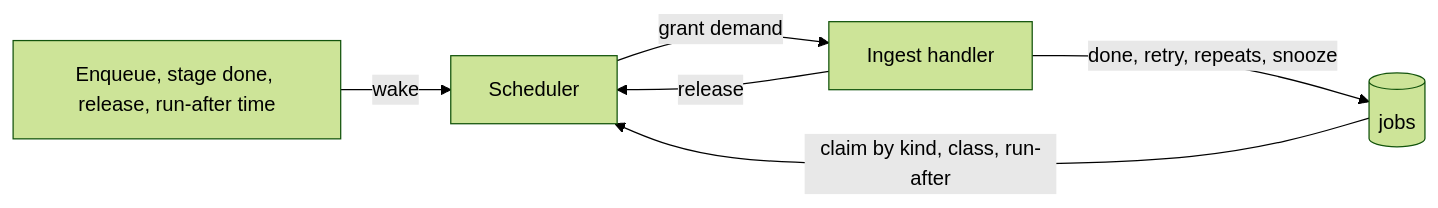
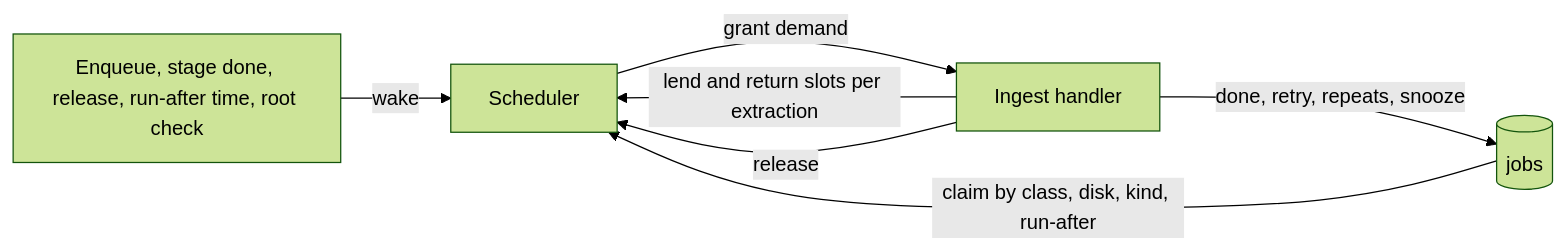
The first of 2 diagrams in docs/design-docs/job-scheduling.md (syudead/vv), drawn with Mermaid (forest theme) before and after one commit. The commit also changed other lines of this file and 25 other files, not shown here.

````diff
--- a/docs/design-docs/job-scheduling.md
+++ b/docs/design-docs/job-scheduling.md
@@ -8,8 +9,9 @@
 ```mermaid
 flowchart LR
-  ev[Enqueue, stage done, release, run-after time] -->|wake| sch[Scheduler]
-  jobs[(jobs)] -->|claim by kind, class, run-after| sch
+  ev[Enqueue, stage done, release, run-after time, root check] -->|wake| sch[Scheduler]
+  jobs[(jobs)] -->|claim by class, disk, kind, run-after| sch
   sch -->|grant demand| run[Ingest handler]
+  run -->|lend and return slots per extraction| sch
   run -->|done, retry, repeats, snooze| jobs
   run -->|release| sch
 ```
````
